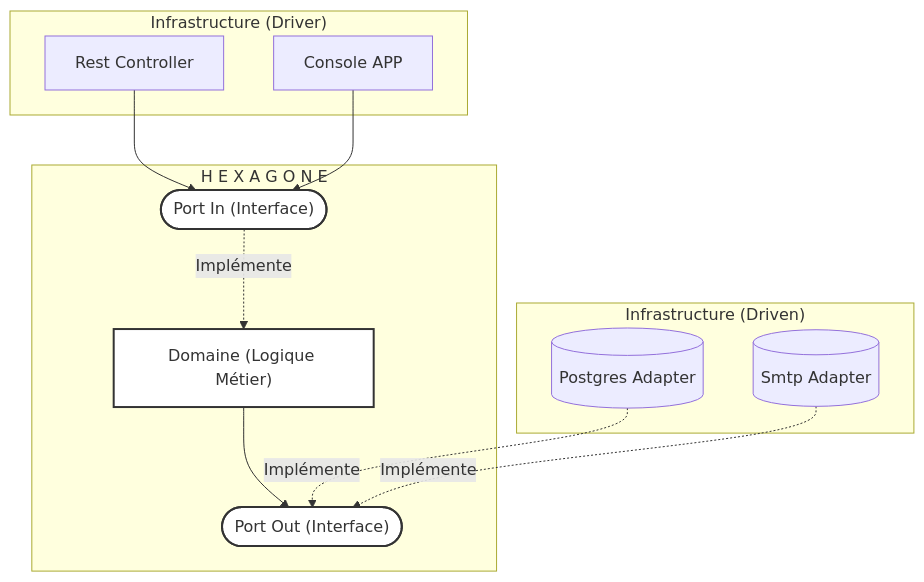
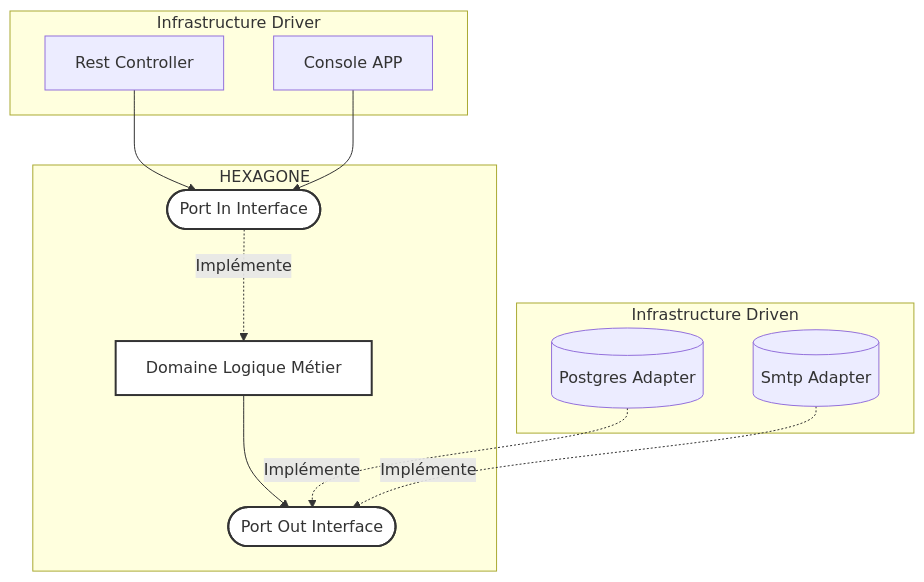
Before and after one commit to frderoubaix/path-to-production: the second of 3 diagrams in slides/getting_started/_posts/0000-1-1-03_Projet.md, drawn with Mermaid. The commit also changed other lines of this file, not shown here.

```diff
--- a/slides/getting_started/_posts/0000-1-1-03_Projet.md
+++ b/slides/getting_started/_posts/0000-1-1-03_Projet.md
@@ -160,28 +158,24 @@
-<div class="mermaid">
+<pre class="mermaid">
 flowchart TB
-    subgraph Drivers ["Infrastructure (Driver)"]
-        API["Rest Controller"]
-        CLI["Console APP"]
-    end
-
-    subgraph Hexagon ["H E X A G O N E"]
-        PortIn(["Port In (Interface)"])
-        Domain["Domaine (Logique Métier)"]
-        PortOut(["Port Out (Interface)"])
-    end
-
-    subgraph Driven ["Infrastructure (Driven)"]
-        DB[("Postgres Adapter")]
-        Mail[("Smtp Adapter")]
-    end
-
-    API --> PortIn
-    CLI --> PortIn
-    PortIn -.->|Implémente| Domain
-    Domain --> PortOut
-    DB -.->|Implémente| PortOut
-    Mail -.->|Implémente| PortOut
-
-    classDef plain fill:#fff,stroke:#333,stroke-width:2px;
-    class Domain,PortIn,PortOut plain;
-</div>
+subgraph Drivers [Infrastructure Driver]
+    API[Rest Controller]
+    CLI[Console APP]
+end
+subgraph Hexagon [HEXAGONE]
+    PortIn([Port In Interface])
+    Domain[Domaine Logique Métier]
+    PortOut([Port Out Interface])
+end
+subgraph Driven [Infrastructure Driven]
+    DB[(Postgres Adapter)]
+    Mail[(Smtp Adapter)]
+end
+API --> PortIn
+CLI --> PortIn
+PortIn -.->|Implémente| Domain
+Domain --> PortOut
+DB -.->|Implémente| PortOut
+Mail -.->|Implémente| PortOut
+classDef plain fill:#fff,stroke:#333,stroke-width:2px;
+class Domain,PortIn,PortOut plain;
+</pre>
```
